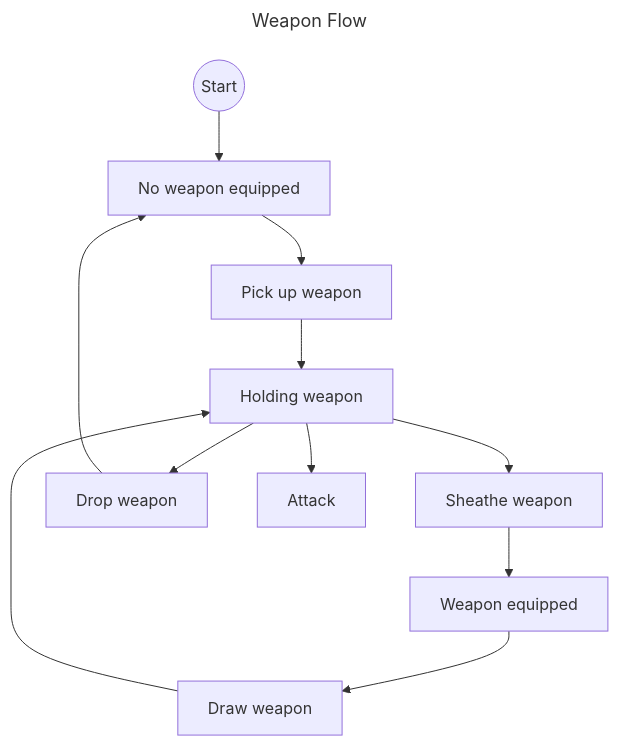
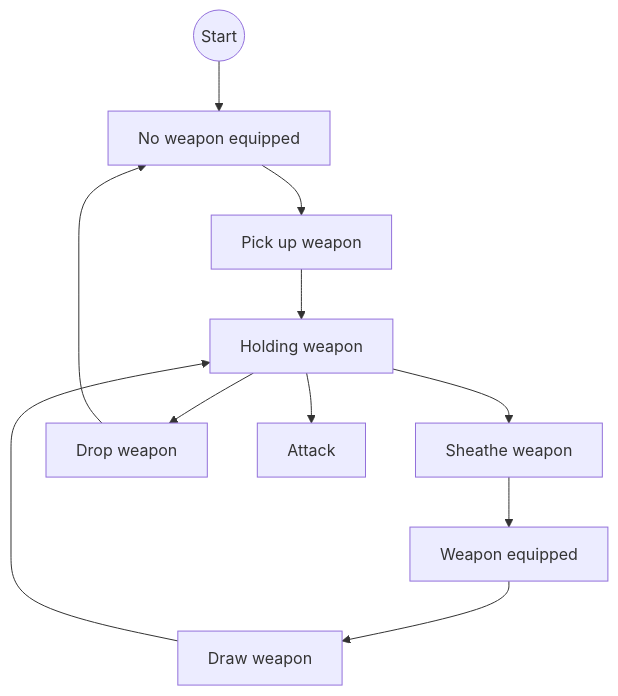
Before and after one commit to mugenmelon/mugenmelon.github.io: the second of 3 diagrams in _posts/1970-01-01-mugen-devlog-1.md, drawn with Mermaid. The commit also changed other lines of this file, not shown here.

Commit message:
Cleanup diagrams

```diff
--- a/_posts/1970-01-01-mugen-devlog-1.md
+++ b/_posts/1970-01-01-mugen-devlog-1.md
@@ -139,20 +139,17 @@
 <pre class="mermaid">
----
-title: Weapon Flow
----
 flowchart
     start(("Start"))
     no-weapon["No weapon equipped"]
     pickup-weapon["Pick up weapon"]
     has-weapon["Weapon equipped"]
     draw-weapon["Draw weapon"]
     holding-weapon["Holding weapon"]
     sheathe-weapon["Sheathe weapon"]
     drop-weapon["Drop weapon"]
     attack["Attack"]
 
     start --> no-weapon --> pickup-weapon --> holding-weapon
     holding-weapon --> sheathe-weapon & drop-weapon & attack
     sheathe-weapon --> has-weapon --> draw-weapon --> holding-weapon
     drop-weapon --> no-weapon
 </pre>
```
